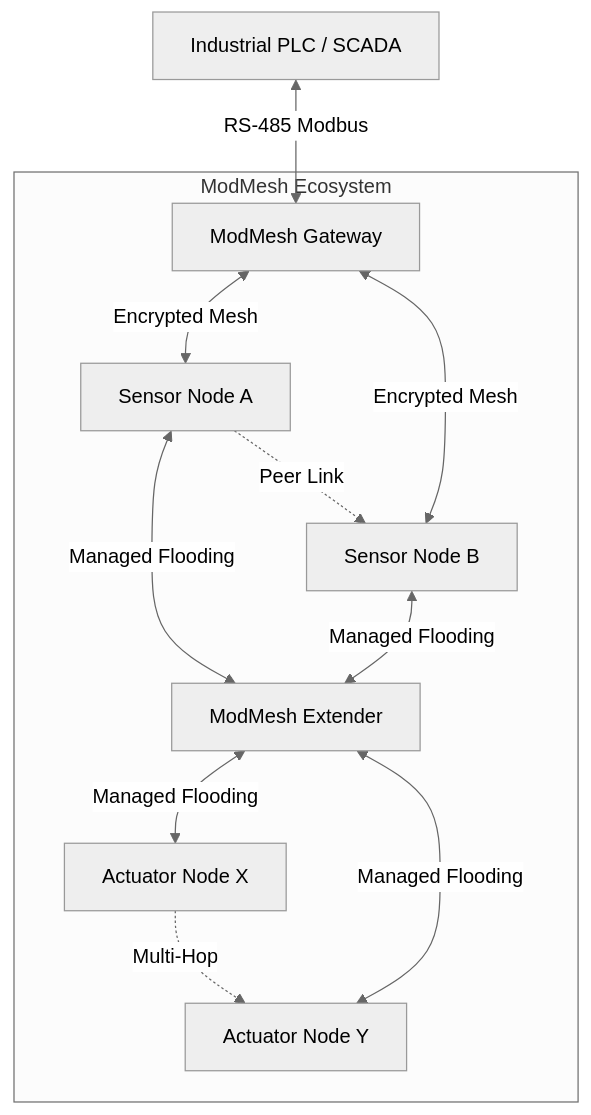
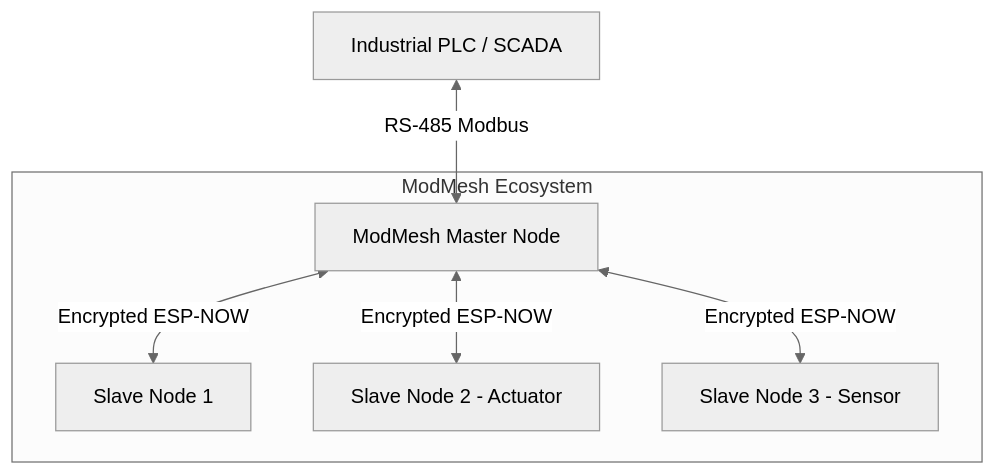
The diagram in README.md (dzmarkets/ModMesh), drawn with Mermaid (neutral theme) before and after one commit. The commit also changed other lines of this file, not shown here.

Commit message:
Update main README to reflect new Master/Slave Modbus architecture

````diff
--- a/README.md
+++ b/README.md
@@ -32,25 +22,15 @@
 ```mermaid
 graph TD
-    PLC[Industrial PLC / SCADA] <-->|RS-485 Modbus| GW[ModMesh Gateway]
+    PLC[Industrial PLC / SCADA] <-->|RS-485 Modbus| MN[ModMesh Master Node]
     
-    GW <-->|Encrypted Mesh| SN1[Sensor Node A]
-    GW <-->|Encrypted Mesh| SN2[Sensor Node B]
-    
-    SN1 <-->|Managed Flooding| EX[ModMesh Extender]
-    SN2 <-->|Managed Flooding| EX
-    
-    EX <-->|Managed Flooding| AC1[Actuator Node X]
-    EX <-->|Managed Flooding| AC2[Actuator Node Y]
-    
-    SN1 -.->|Peer Link| SN2
-    AC1 -.->|Multi-Hop| AC2
+    MN <-->|Encrypted ESP-NOW| SN1[Slave Node 1]
+    MN <-->|Encrypted ESP-NOW| SN2[Slave Node 2 - Actuator]
+    MN <-->|Encrypted ESP-NOW| SN3[Slave Node 3 - Sensor]
     
     subgraph "ModMesh Ecosystem"
-    GW
+    MN
     SN1
     SN2
-    EX
-    AC1
-    AC2
+    SN3
     end
 ```
````
